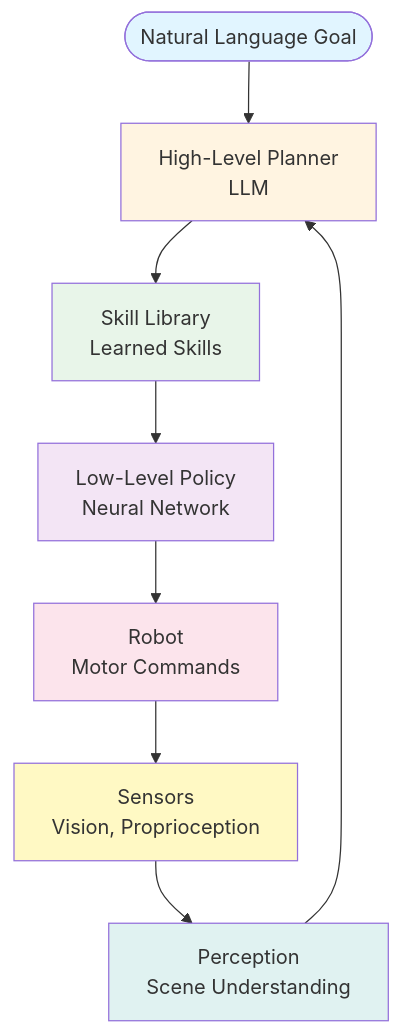
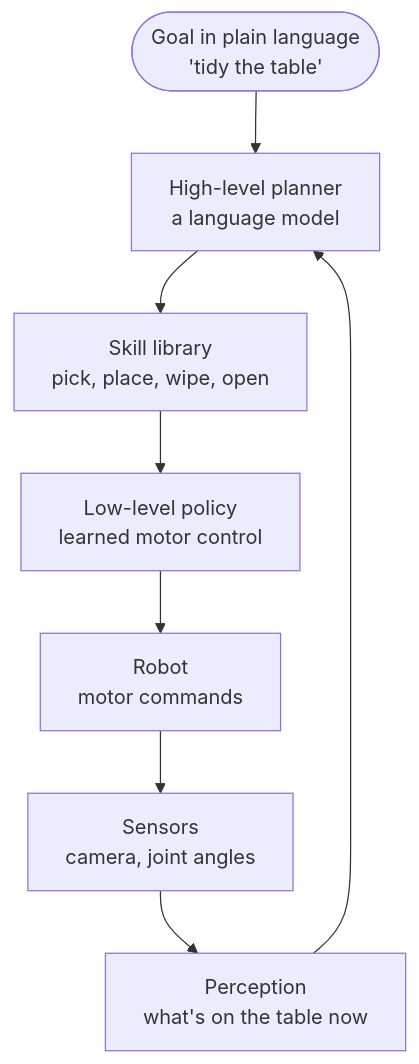
The second of 4 diagrams in src/data/blog/agentic-ai/agentic-ai-design-patterns-part-3.md (gopikrishtummala/gopikrishtummala.github.io), drawn with Mermaid before and after one commit. The commit also changed other lines of this file and 8 other files, not shown here.

````diff
--- a/src/data/blog/agentic-ai/agentic-ai-design-patterns-part-3.md
+++ b/src/data/blog/agentic-ai/agentic-ai-design-patterns-part-3.md
@@ -370,18 +61,10 @@
 ```mermaid
 flowchart TD
-    Goal([Natural Language Goal]) --> LLM[High-Level Planner<br/>LLM]
-    LLM --> SkillLib[Skill Library<br/>Learned Skills]
-    SkillLib --> Policy[Low-Level Policy<br/>Neural Network]
-    Policy --> Robot[Robot<br/>Motor Commands]
-    Robot --> Sensors[Sensors<br/>Vision, Proprioception]
-    Sensors --> Perception[Perception<br/>Scene Understanding]
-    Perception --> LLM
-    
-    style Goal fill:#e1f5ff
-    style LLM fill:#fff4e1
-    style SkillLib fill:#e8f5e9
-    style Policy fill:#f3e5f5
-    style Robot fill:#fce4ec
-    style Sensors fill:#fff9c4
-    style Perception fill:#e0f2f1
+  Goal(["Goal in plain language<br/>'tidy the table'"]) --> LLM["High-level planner<br/>a language model"]
+  LLM --> Skills["Skill library<br/>pick, place, wipe, open"]
+  Skills --> Policy["Low-level policy<br/>learned motor control"]
+  Policy --> Robot["Robot<br/>motor commands"]
+  Robot --> Sensors["Sensors<br/>camera, joint angles"]
+  Sensors --> Perc["Perception<br/>what's on the table now"]
+  Perc --> LLM
 ```
````
